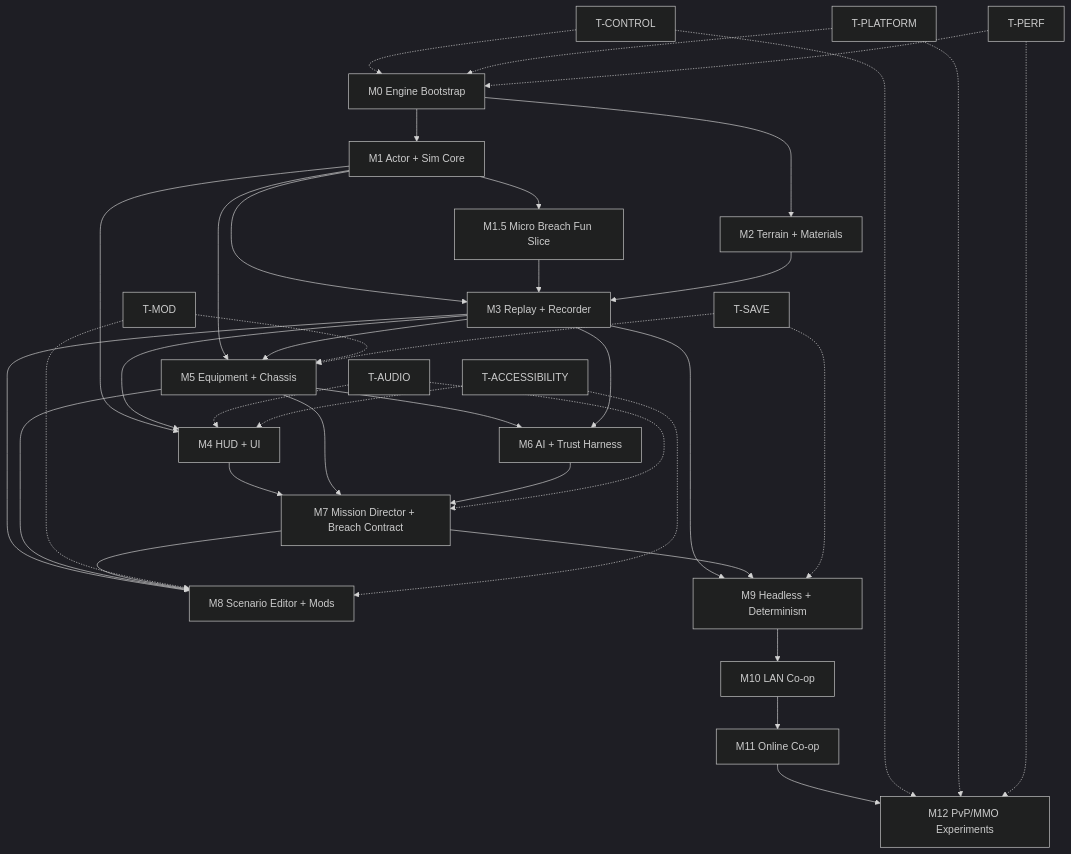
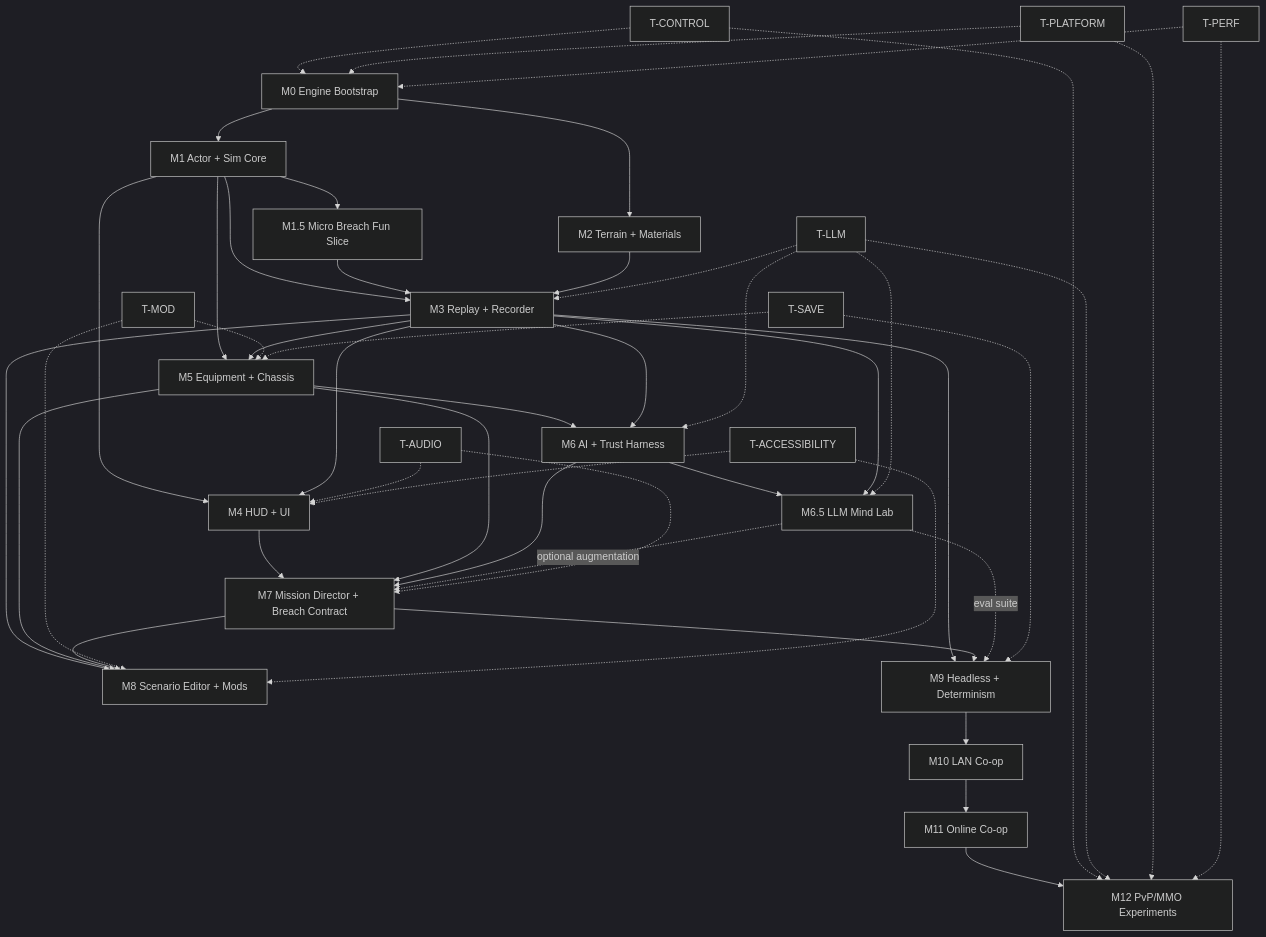
One commit to Madreag/corefall changed the diagram in docs/plan/spec/prototype-roadmap.md. Above: the diagram before and after it, drawn with Mermaid (dark theme). The commit also changed other lines of this file and 9 other files, not shown here.

````diff
--- a/docs/plan/spec/prototype-roadmap.md
+++ b/docs/plan/spec/prototype-roadmap.md
@@ -1696,41 +1769,49 @@
 ```mermaid
 flowchart TB
   M0[M0 Engine Bootstrap] --> M1[M1 Actor + Sim Core]
   M1 --> M15[M1.5 Micro Breach Fun Slice]
   M0 --> M2[M2 Terrain + Materials]
   M1 --> M3[M3 Replay + Recorder]
   M15 --> M3
   M2 --> M3
   M1 --> M4[M4 HUD + UI]
   M3 --> M4
   M1 --> M5[M5 Equipment + Chassis]
   M3 --> M5
   M5 --> M6[M6 AI + Trust Harness]
   M3 --> M6
+  M6 --> M65[M6.5 LLM Mind Lab]
+  M3 --> M65
   M4 --> M7[M7 Mission Director + Breach Contract]
   M5 --> M7
   M6 --> M7
+  M65 -.optional augmentation.-> M7
   M3 --> M8[M8 Scenario Editor + Mods]
   M5 --> M8
   M7 --> M8
   M3 --> M9[M9 Headless + Determinism]
   M7 --> M9
+  M65 -.eval suite.-> M9
   M9 --> M10[M10 LAN Co-op]
   M10 --> M11[M11 Online Co-op]
   M11 --> M12[M12 PvP/MMO Experiments]
 
   T0[T-CONTROL] -.-> M0
   T0 -.-> M12
+  TL[T-LLM] -.-> M3
+  TL -.-> M6
+  TL -.-> M65
+  TL -.-> M12
   T1[T-PLATFORM] -.-> M0
   T1 -.-> M12
   T2[T-MOD] -.-> M5
   T2 -.-> M8
   T3[T-AUDIO] -.-> M4
   T3 -.-> M7
   T4[T-SAVE] -.-> M5
   T4 -.-> M9
   T5[T-ACCESSIBILITY] -.-> M4
   T5 -.-> M8
   T6[T-PERF] -.-> M0
   T6 -.-> M12
 ```
````
